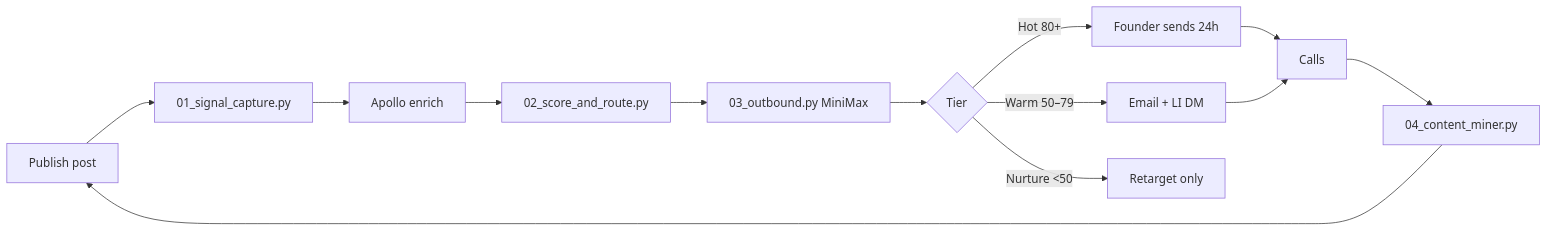
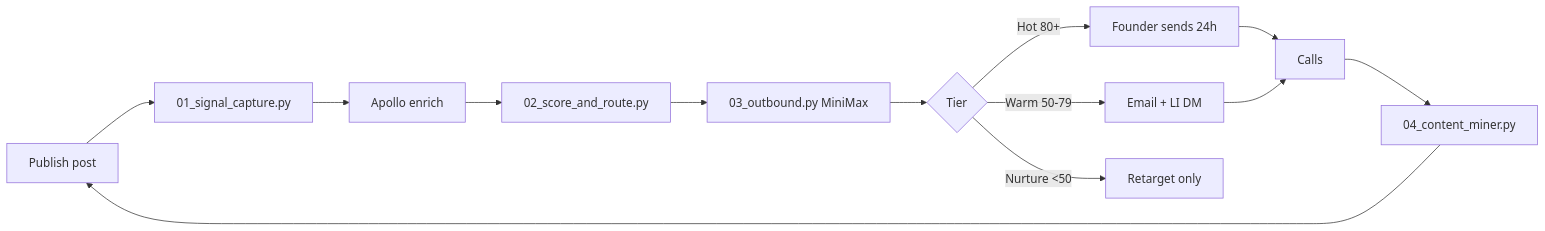
Before and after one commit to rasulshaikh/gtm-portfolio: the third of 6 diagrams in docs/architecture.md, drawn with Mermaid. The commit also changed other lines of this file and 14 other files, not shown here.

````diff
--- a/docs/architecture.md
+++ b/docs/architecture.md
@@ -141,15 +141,15 @@
 ```mermaid
 flowchart LR
     A[Publish post] --> B[01_signal_capture.py]
     B --> C[Apollo enrich]
     C --> D[02_score_and_route.py]
     D --> E[03_outbound.py MiniMax]
     E --> F{Tier}
     F -->|Hot 80+| G[Founder sends 24h]
-    F -->|Warm 50–79| H[Email + LI DM]
+    F -->|Warm 50-79| H[Email + LI DM]
     F -->|Nurture <50| I[Retarget only]
     G --> J[Calls]
     H --> J
     J --> K[04_content_miner.py]
     K --> A
 ```
````
